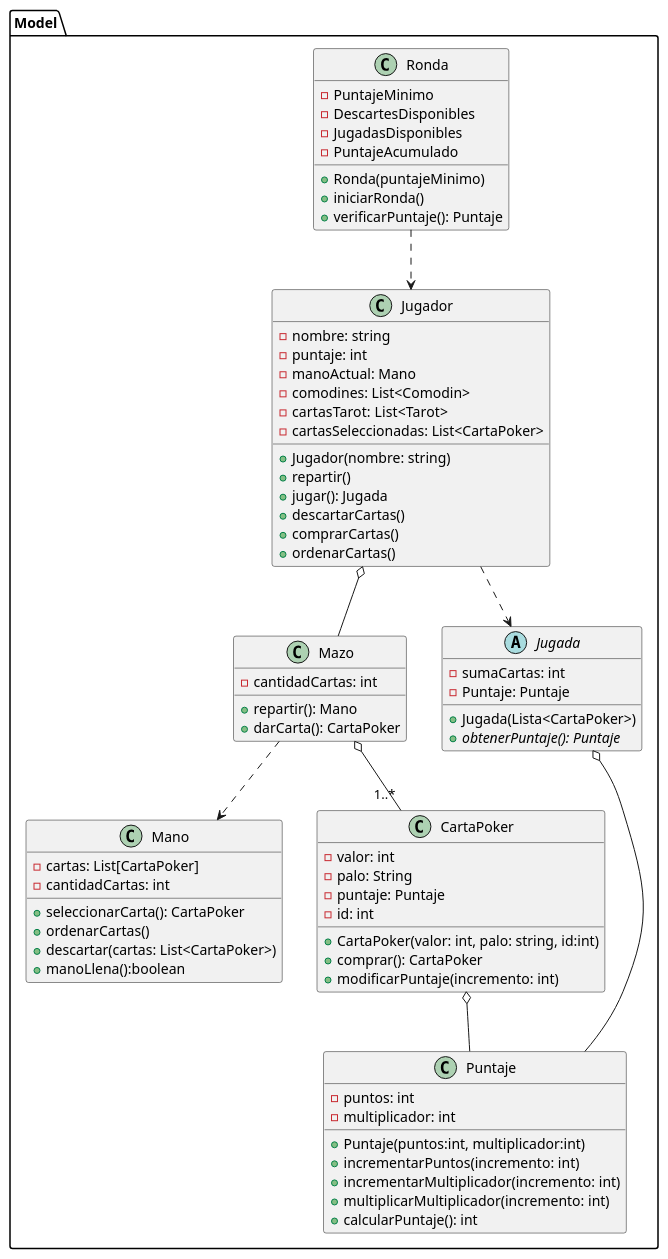
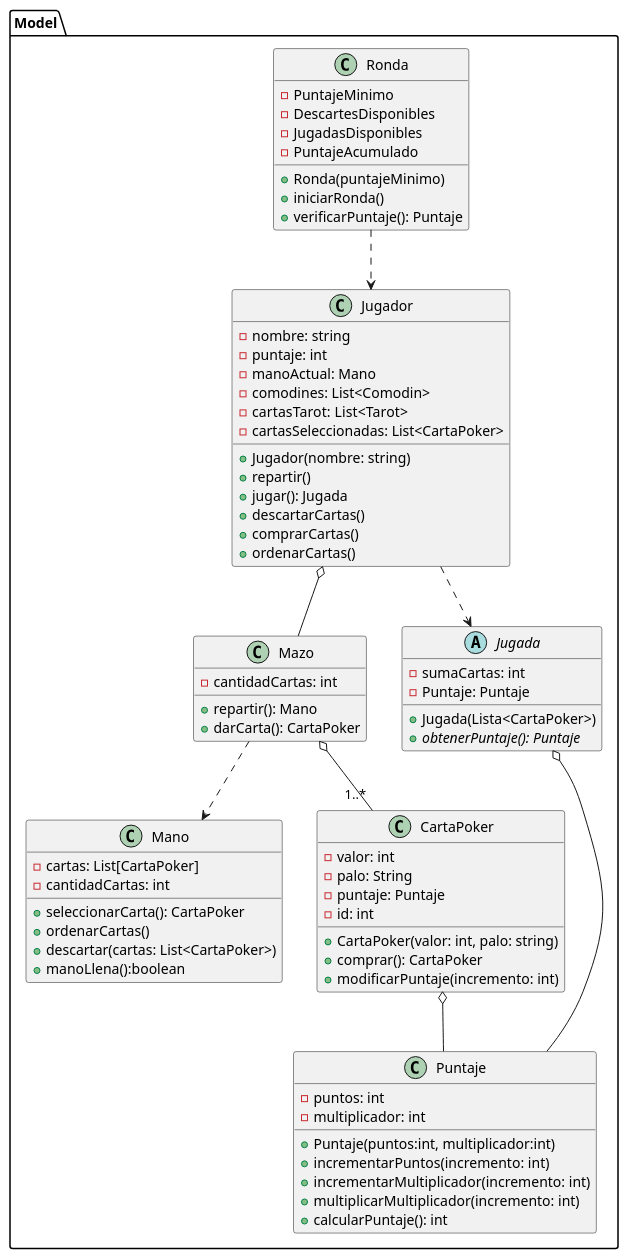
One commit to carruizdiaz1109/UBAlatro changed the diagram in diagrams/classes/clasesBalatro2.puml. Above: the diagram before and after it, drawn with PlantUML. The commit also changed 9 other files, not shown here.

```diff
--- a/diagrams/classes/clasesBalatro2.puml
+++ b/diagrams/classes/clasesBalatro2.puml
@@ -1,81 +1,81 @@
 @startuml
 
 package Model {
 
 class Jugador {
     - nombre: string
     - puntaje: int
     - manoActual: Mano
     - comodines: List<Comodin>
     - cartasTarot: List<Tarot>
     - cartasSeleccionadas: List<CartaPoker>
     + Jugador(nombre: string)
     + repartir()
     + jugar(): Jugada
     + descartarCartas()
     + comprarCartas()
     + ordenarCartas()
 }
 
 
 class Mazo {
     - cantidadCartas: int
     + repartir(): Mano
     + darCarta(): CartaPoker
 }
 
 class Mano {
     - cartas: List[CartaPoker]
     - cantidadCartas: int
     + seleccionarCarta(): CartaPoker
     + ordenarCartas()
     + descartar(cartas: List<CartaPoker>)
     + manoLlena():boolean
 }
 
 class Puntaje {
     - puntos: int
     - multiplicador: int
     + Puntaje(puntos:int, multiplicador:int)
     + incrementarPuntos(incremento: int)
     + incrementarMultiplicador(incremento: int)
     + multiplicarMultiplicador(incremento: int)
     + calcularPuntaje(): int
 }
 
 class CartaPoker {
     - valor: int
     - palo: String
     - puntaje: Puntaje
     - id: int
-    + CartaPoker(valor: int, palo: string, id:int)
+    + CartaPoker(valor: int, palo: string)
     + comprar(): CartaPoker
     + modificarPuntaje(incremento: int)
 }
 
 class Ronda {
     - PuntajeMinimo
     - DescartesDisponibles
     - JugadasDisponibles
     - PuntajeAcumulado
     + Ronda(puntajeMinimo)
     + iniciarRonda()
     + verificarPuntaje(): Puntaje
 }
 
 abstract class Jugada {
     - sumaCartas: int
     - Puntaje: Puntaje
     + Jugada(Lista<CartaPoker>)
     + {abstract}obtenerPuntaje(): Puntaje
 }
 
 CartaPoker o-- Puntaje
 Jugador o-- Mazo
 Mazo ..> Mano
 Mazo o-- "1..*" CartaPoker
 Jugador ..> Jugada
 Jugada o-- Puntaje
 Ronda ..> Jugador
 }
 @enduml
```
